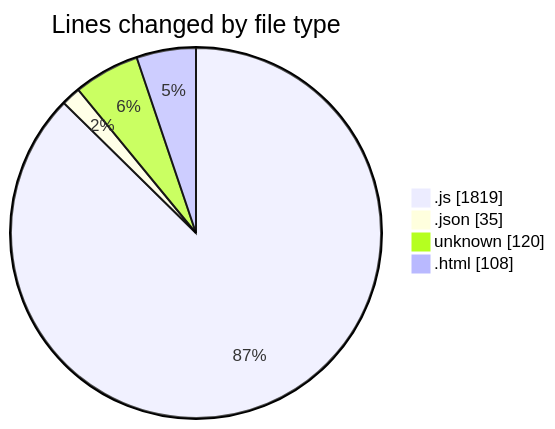
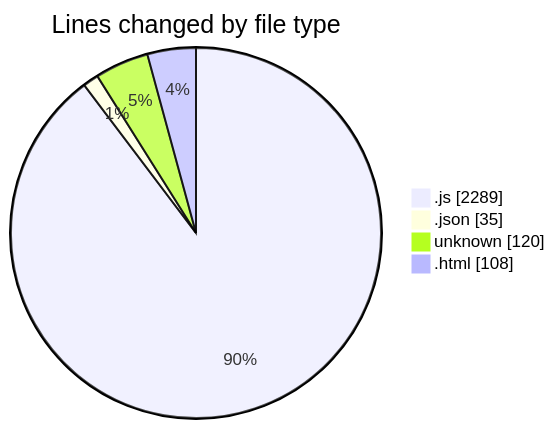
Before and after one commit to becaeroporto-bot/code-tracking: the first of 2 diagrams in 2026-02-20/bot_i_a/README.md, drawn with Mermaid. The commit also changed other lines of this file and 1 other file, not shown here.

````diff
--- a/2026-02-20/bot_i_a/README.md
+++ b/2026-02-20/bot_i_a/README.md
@@ -41,8 +41,8 @@
 ```mermaid
 pie showData
 title Lines changed by file type
-".js" : 1819
+".js" : 2289
 ".json" : 35
 "unknown" : 120
 ".html" : 108
 ```
````
